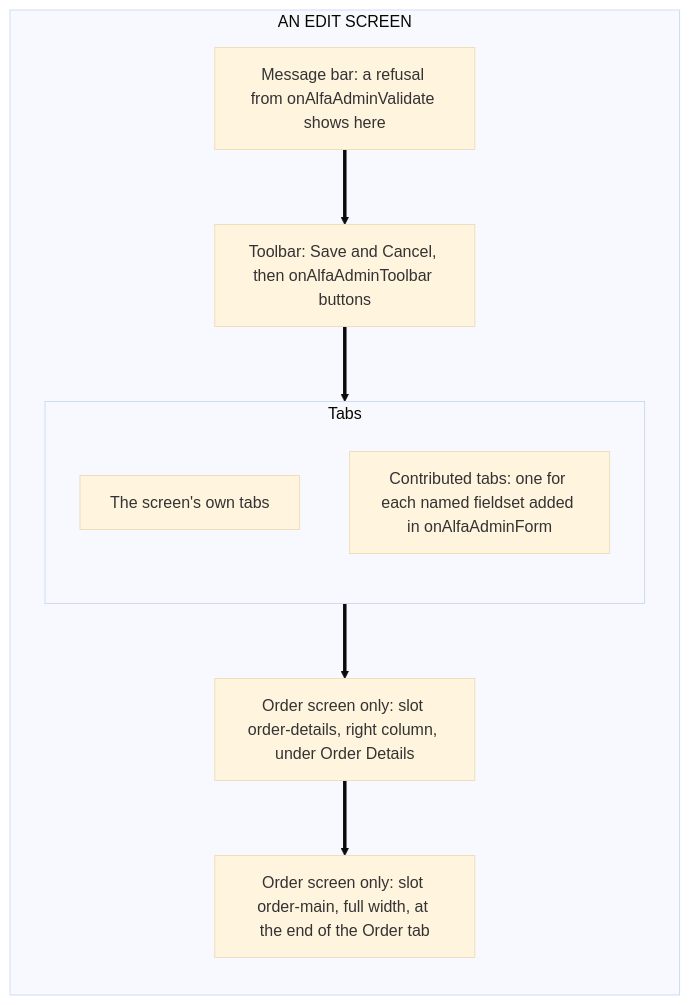
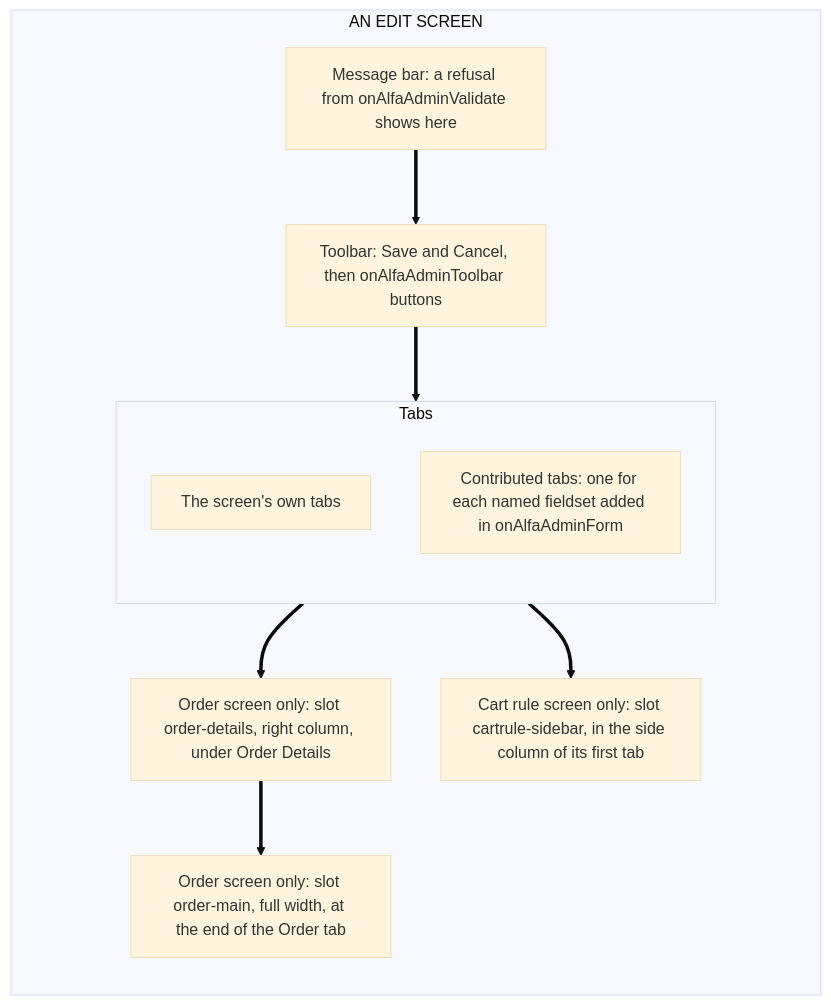
The fifth of 6 diagrams in docs/plugins/admin-screen-plugins.md (Easylogic-CO-LP/Alfa-Commerce-Manual), drawn with Mermaid (base theme) before and after one commit. The commit also changed other lines of this file, not shown here.

Commit message:
Extending Admin Screens, checked against the code: the 26 entity names with webhook, a save or a delete passes its own permission, the cart rule slot on the screen map, the delete is final after the delete, links to the browser-call page and to declaring an action

````diff
--- a/docs/plugins/admin-screen-plugins.md
+++ b/docs/plugins/admin-screen-plugins.md
@@ -380,17 +382,19 @@
 ```mermaid
 flowchart TB
     subgraph E["AN EDIT SCREEN"]
         direction TB
         M["Message bar: a refusal from onAlfaAdminValidate shows here"]
         TB2["Toolbar: Save and Cancel, then onAlfaAdminToolbar buttons"]
         subgraph TABS["Tabs"]
             direction TB
             CT["The screen's own tabs"]
             PT["Contributed tabs: one for each named fieldset added in onAlfaAdminForm"]
         end
         S1["Order screen only: slot order-details, right column, under Order Details"]
         S2["Order screen only: slot order-main, full width, at the end of the Order tab"]
+        S3["Cart rule screen only: slot cartrule-sidebar, in the side column of its first tab"]
         M ==> TB2 ==> TABS
         TABS ==> S1 ==> S2
+        TABS ==> S3
     end
 ```
````
